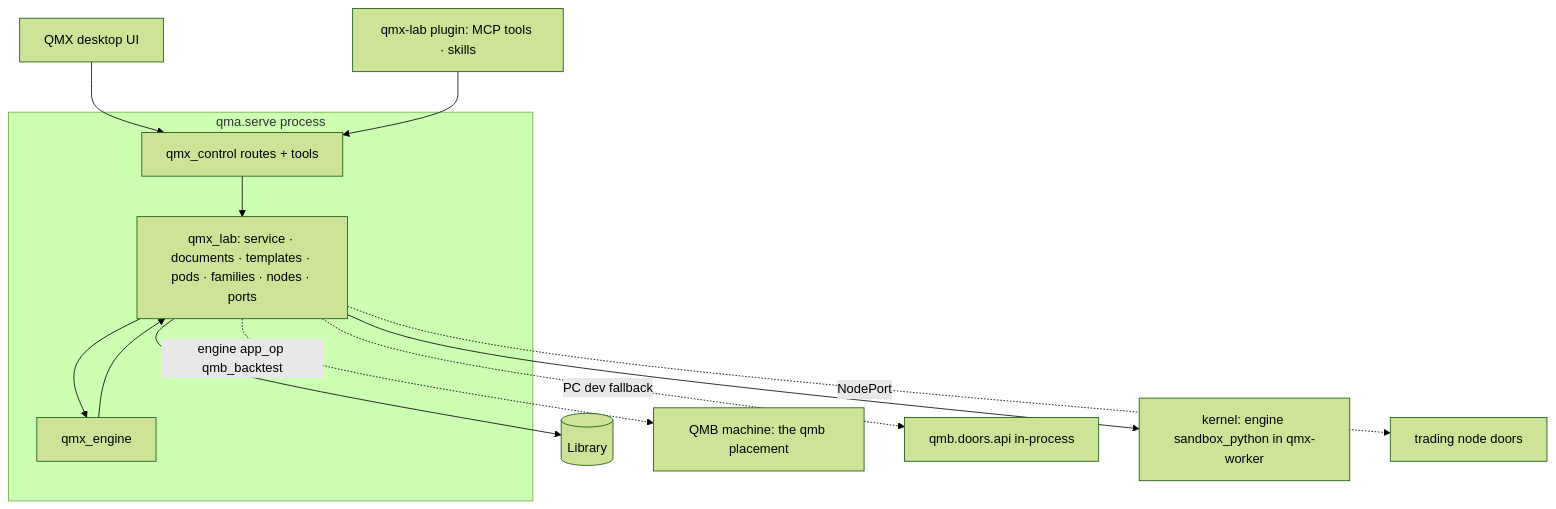
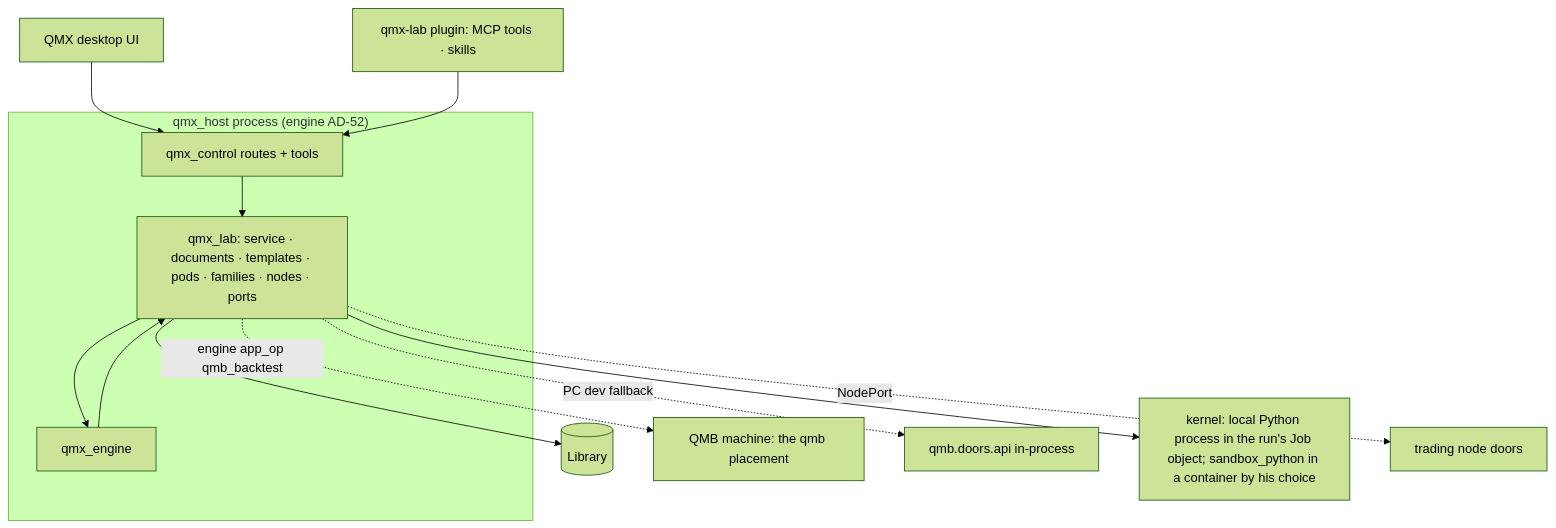
One commit to mubarakhimself-byte/QMX changed the second of 3 diagrams in tracker/qma-v2/architecture/lab-and-pods/ARCHITECTURE-SPINE.md. Above: the diagram before and after it, drawn with Mermaid (forest theme). The commit also changed other lines of this file and 15 other files, not shown here.

````diff
--- a/tracker/qma-v2/architecture/lab-and-pods/ARCHITECTURE-SPINE.md
+++ b/tracker/qma-v2/architecture/lab-and-pods/ARCHITECTURE-SPINE.md
@@ -228,18 +230,18 @@
 ```mermaid
 flowchart TB
-  subgraph PROC["qma.serve process"]
+  subgraph PROC["qmx_host process (engine AD-52)"]
     CTRL[qmx_control routes + tools]
     LAB[qmx_lab: service · documents · templates · pods · families · nodes · ports]
     ENG[qmx_engine]
     CTRL --> LAB
     LAB --> ENG
     ENG --> LAB
   end
   UI[QMX desktop UI] --> CTRL
   CP[qmx-lab plugin: MCP tools · skills] --> CTRL
   LAB --> LIB[(Library)]
   LAB -. engine app_op qmb_backtest .-> QMBA[QMB machine: the qmb placement]
   LAB -. PC dev fallback .-> QMBC[qmb.doors.api in-process]
-  LAB --> KER[kernel: engine sandbox_python in qmx-worker]
+  LAB --> KER[kernel: local Python process in the run's Job object; sandbox_python in a container by his choice]
   LAB -. NodePort .-> QMN[trading node doors]
 ```
````
